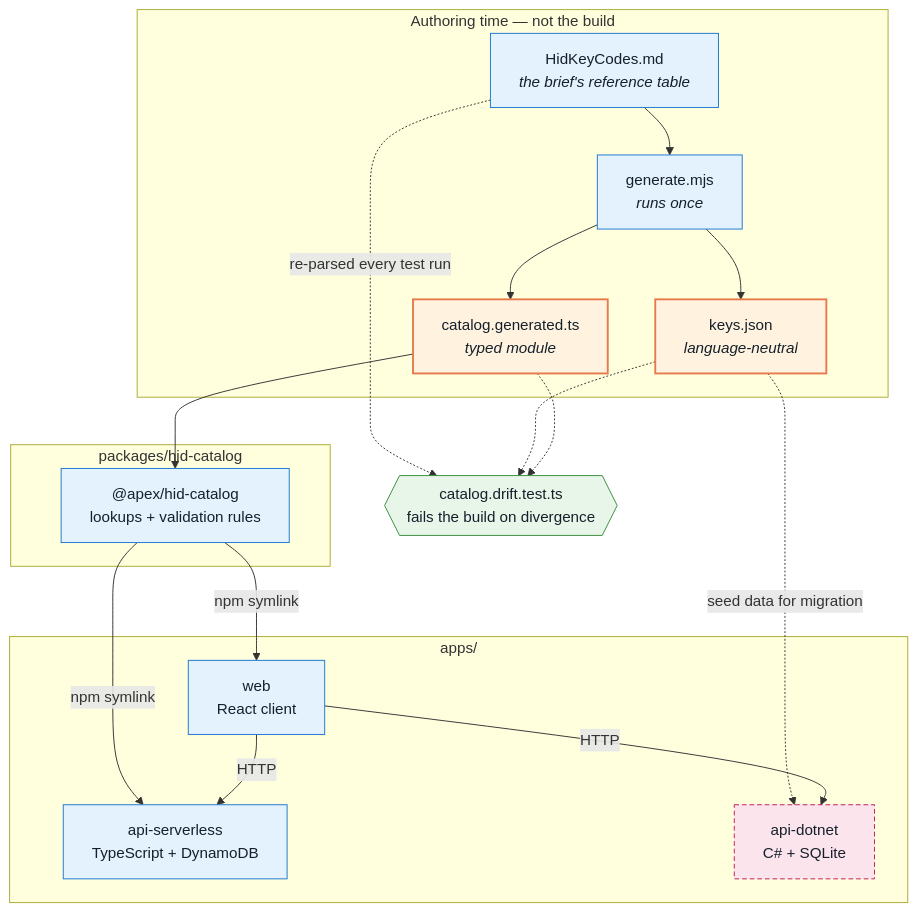
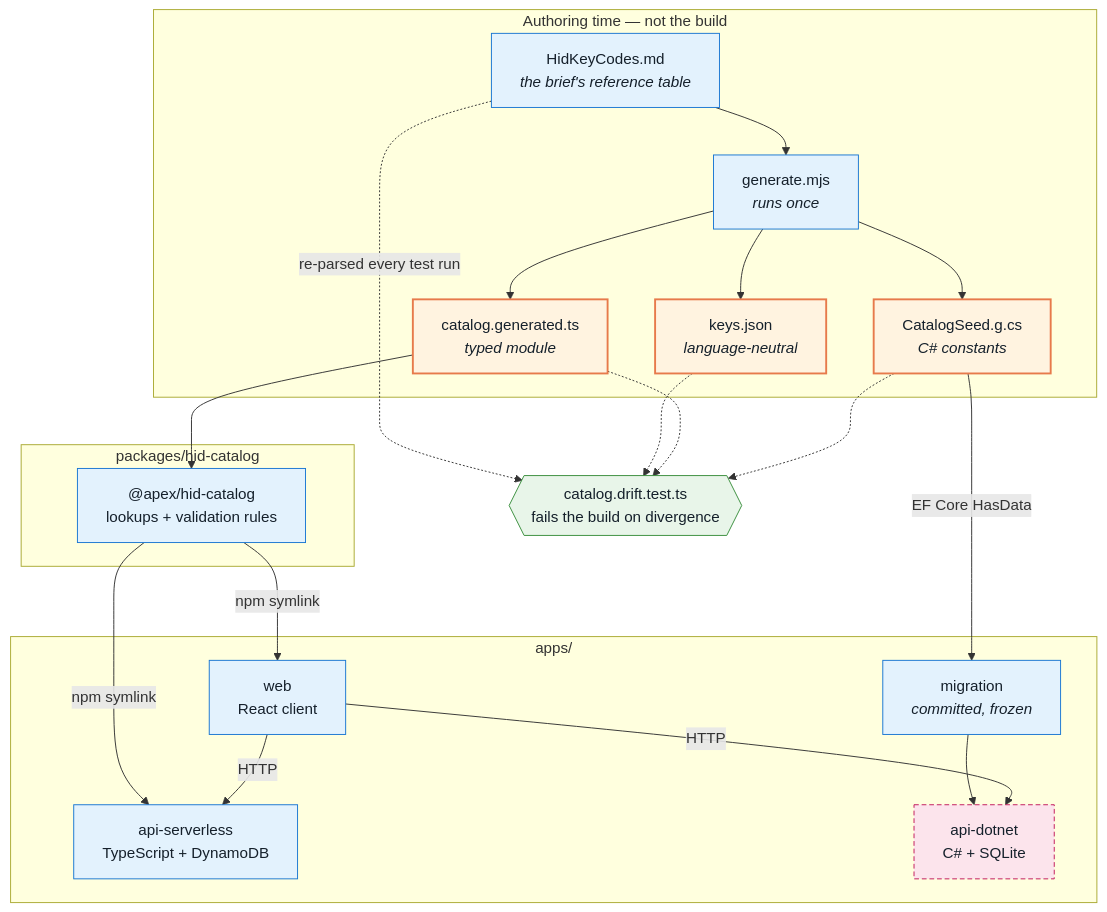
Before and after one commit to nathancolemansmith/apex-key-remapping: the first of 6 diagrams in REPOSITORY.md, drawn with Mermaid. The commit also changed other lines of this file and 36 other files, not shown here.

````diff
--- a/REPOSITORY.md
+++ b/REPOSITORY.md
@@ -26,37 +26,40 @@
 ```mermaid
 flowchart TD
     subgraph authoring ["Authoring time — not the build"]
         DOC["HidKeyCodes.md<br/><i>the brief's reference table</i>"]
         GEN["generate.mjs<br/><i>runs once</i>"]
         DOC --> GEN
         GEN --> JSON["keys.json<br/><i>language-neutral</i>"]
         GEN --> TSMOD["catalog.generated.ts<br/><i>typed module</i>"]
+        GEN --> CSSEED["CatalogSeed.g.cs<br/><i>C# constants</i>"]
     end
 
     subgraph shared ["packages/hid-catalog"]
         TSMOD --> PKG["@apex/hid-catalog<br/>lookups + validation rules"]
     end
 
     subgraph apps ["apps/"]
         PKG -->|npm symlink| SL["api-serverless<br/>TypeScript + DynamoDB"]
         PKG -->|npm symlink| WEB["web<br/>React client"]
-        JSON -.->|seed data for migration| NET["api-dotnet<br/>C# + SQLite"]
+        CSSEED -->|EF Core HasData| MIG["migration<br/><i>committed, frozen</i>"]
+        MIG --> NET["api-dotnet<br/>C# + SQLite"]
     end
 
     WEB -->|HTTP| SL
     WEB -->|HTTP| NET
 
     DRIFT{{"catalog.drift.test.ts<br/>fails the build on divergence"}}
     DOC -.->|re-parsed every test run| DRIFT
     JSON -.-> DRIFT
     TSMOD -.-> DRIFT
+    CSSEED -.-> DRIFT
 
     classDef generated fill:#fff3e0,stroke:#e77a4b,stroke-width:2px,color:#15202b
     classDef source fill:#e3f2fd,stroke:#1976d2,color:#15202b
     classDef seam fill:#fce4ec,stroke:#c2185b,stroke-dasharray:5 3,color:#15202b
     classDef guard fill:#e8f5e9,stroke:#388e3c,color:#15202b
-    class JSON,TSMOD generated
-    class DOC,GEN,PKG,SL,WEB source
+    class JSON,TSMOD,CSSEED generated
+    class DOC,GEN,PKG,SL,WEB,MIG source
     class NET seam
     class DRIFT guard
 ```
````
